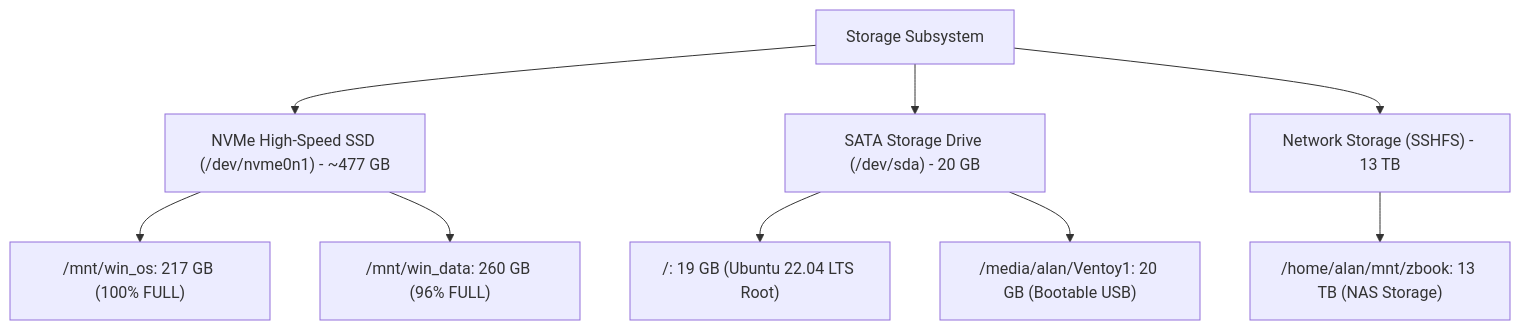
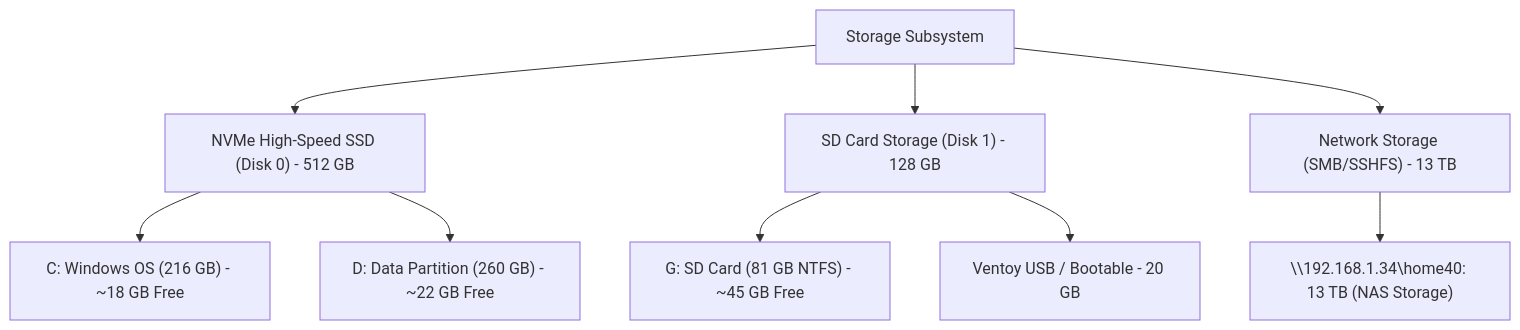
Before and after one commit to alan-prudom/setup-usb-boot-keys: the diagram in hardware_specification.md, drawn with Mermaid. The commit also changed other lines of this file, not shown here.

First line of the commit message:
Update hardware_specification.md with NVMe SMART metrics and August 28 drive layout

````diff
--- a/hardware_specification.md
+++ b/hardware_specification.md
@@ -62,14 +59,14 @@
 ```mermaid
 graph TD
-    A["Storage Subsystem"] --> B["NVMe High-Speed SSD (/dev/nvme0n1) - ~477 GB"]
-    A --> C["SATA Storage Drive (/dev/sda) - 20 GB"]
-    A --> D["Network Storage (SSHFS) - 13 TB"]
+    A["Storage Subsystem"] --> B["NVMe High-Speed SSD (Disk 0) - 512 GB"]
+    A --> C["SD Card Storage (Disk 1) - 128 GB"]
+    A --> D["Network Storage (SMB/SSHFS) - 13 TB"]
 
-    B --> B1["/mnt/win_os: 217 GB (100% FULL)"]
-    B --> B2["/mnt/win_data: 260 GB (96% FULL)"]
+    B --> B1["C: Windows OS (216 GB) - ~18 GB Free"]
+    B --> B2["D: Data Partition (260 GB) - ~22 GB Free"]
 
-    C --> C1["/: 19 GB (Ubuntu 22.04 LTS Root)"]
-    C --> C2["/media/alan/Ventoy1: 20 GB (Bootable USB)"]
+    C --> C1["G: SD Card (81 GB NTFS) - ~45 GB Free"]
+    C --> C2["Ventoy USB / Bootable - 20 GB"]
 
-    D --> D1["/home/alan/mnt/zbook: 13 TB (NAS Storage)"]
+    D --> D1["\\192.168.1.34\home40: 13 TB (NAS Storage)"]
 ```
````
